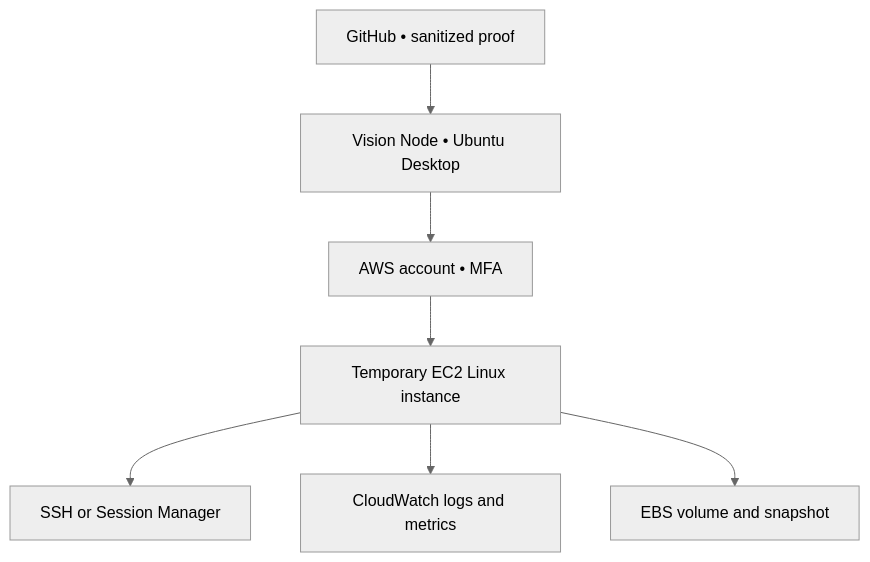
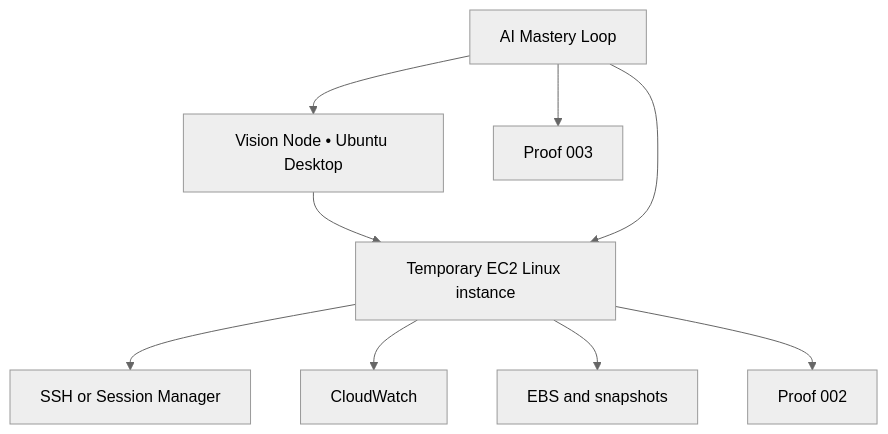
The diagram in docs/modules/aws-ec2-linux-lab/README.md (Vewiser/vision-node-prototype), drawn with Mermaid (neutral theme) before and after one commit. The commit also changed other lines of this file, not shown here.

Commit message:
docs: connect EC2 labs to AI mastery system

````diff
--- a/docs/modules/aws-ec2-linux-lab/README.md
+++ b/docs/modules/aws-ec2-linux-lab/README.md
@@ -17,9 +21,11 @@
 ```mermaid
 flowchart TD
-    L["Vision Node • Ubuntu Desktop"] --> A["AWS account • MFA"]
-    A --> E["Temporary EC2 Linux instance"]
+    L["Vision Node • Ubuntu Desktop"] --> E["Temporary EC2 Linux instance"]
+    M["AI Mastery Loop"] --> L
+    M --> E
     E --> S["SSH or Session Manager"]
-    E --> C["CloudWatch logs and metrics"]
-    E --> B["EBS volume and snapshot"]
-    G["GitHub • sanitized proof"] --> L
+    E --> C["CloudWatch"]
+    E --> B["EBS and snapshots"]
+    E --> P["Proof 002"]
+    M --> P3["Proof 003"]
 ```
````
